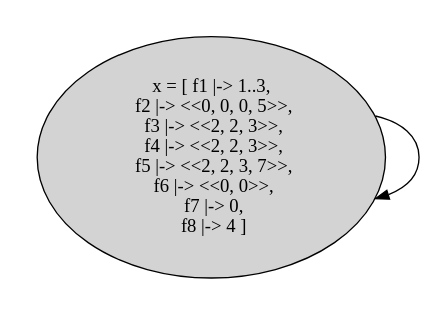
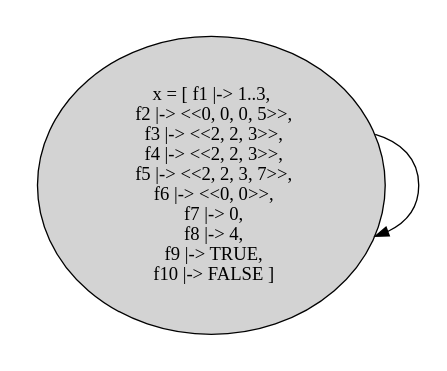
Before and after one commit to will62794/tla-web: the diagram in specs/with_state_graphs/simple_fcn_polymorphism.tla.dot, drawn with Graphviz. The commit also changed 2 other files, not shown here.

```diff
--- a/specs/with_state_graphs/simple_fcn_polymorphism.tla.dot
+++ b/specs/with_state_graphs/simple_fcn_polymorphism.tla.dot
@@ -1,9 +1,9 @@
 strict digraph DiskGraph {
 nodesep=0.35;
 subgraph cluster_graph {
 color="white";
-8770148051314108108 [label="x = [ f1 |-> 1..3,\n  f2 |-> <<0, 0, 0, 5>>,\n  f3 |-> <<2, 2, 3>>,\n  f4 |-> <<2, 2, 3>>,\n  f5 |-> <<2, 2, 3, 7>>,\n  f6 |-> <<0, 0>>,\n  f7 |-> 0,\n  f8 |-> 4 ]",style = filled]
-8770148051314108108 -> 8770148051314108108 [label="",color="black",fontcolor="black"];
-{rank = same; 8770148051314108108;}
+6715536658089373979 [label="x = [ f1 |-> 1..3,\n  f2 |-> <<0, 0, 0, 5>>,\n  f3 |-> <<2, 2, 3>>,\n  f4 |-> <<2, 2, 3>>,\n  f5 |-> <<2, 2, 3, 7>>,\n  f6 |-> <<0, 0>>,\n  f7 |-> 0,\n  f8 |-> 4,\n  f9 |-> TRUE,\n  f10 |-> FALSE ]",style = filled]
+6715536658089373979 -> 6715536658089373979 [label="",color="black",fontcolor="black"];
+{rank = same; 6715536658089373979;}
 }
 }
```
